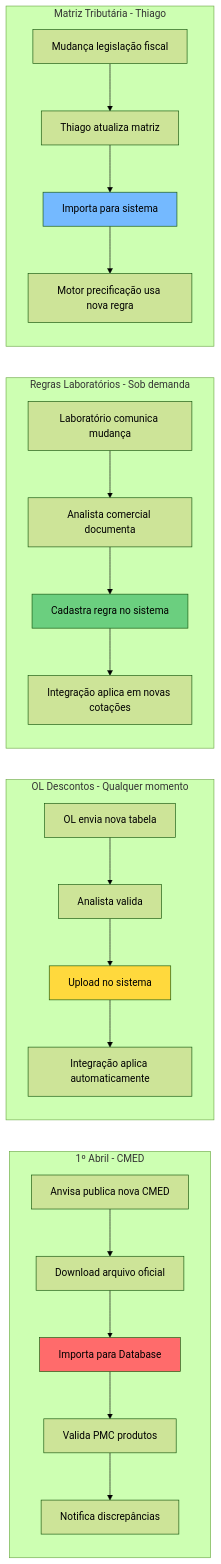
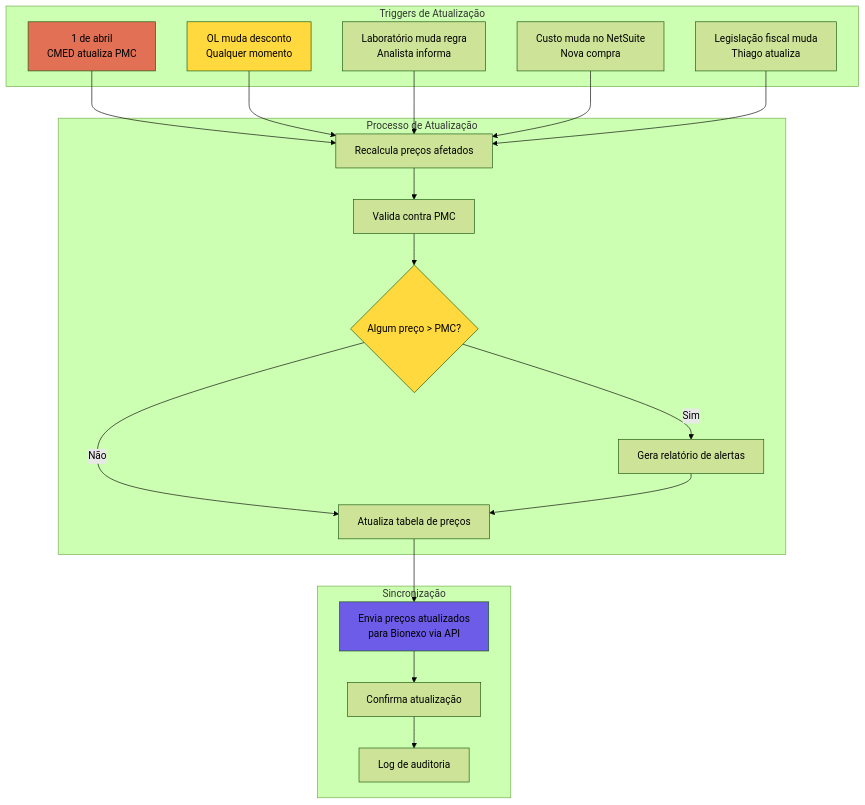
One commit to sejodrope/Amoveri-Farma changed the seventh of 12 diagrams in integrations/bionexo-netsuite/docs/05-DIAGRAMAS-FLUXOS.md. Above: the diagram before and after it, drawn with Mermaid (forest theme). The commit also changed other lines of this file and 56 other files, not shown here.

````diff
--- a/integrations/bionexo-netsuite/docs/05-DIAGRAMAS-FLUXOS.md
+++ b/integrations/bionexo-netsuite/docs/05-DIAGRAMAS-FLUXOS.md
@@ -324,41 +436,46 @@
 ```mermaid
-flowchart LR
-    subgraph "1º Abril - CMED"
-        A1[Anvisa publica nova CMED]
-        A2[Download arquivo oficial]
-        A3[Importa para Database]
-        A4[Valida PMC produtos]
-        A5[Notifica discrepâncias]
+flowchart TD
+    subgraph "Triggers de Atualização"
+        T1[1 de abril<br/>CMED atualiza PMC]
+        T2[OL muda desconto<br/>Qualquer momento]
+        T3[Laboratório muda regra<br/>Analista informa]
+        T4[Custo muda no NetSuite<br/>Nova compra]
+        T5[Legislação fiscal muda<br/>Thiago atualiza]
     end
 
-    subgraph "OL Descontos - Qualquer momento"
-        B1[OL envia nova tabela]
-        B2[Analista valida]
-        B3[Upload no sistema]
-        B4[Integração aplica automaticamente]
+    subgraph "Processo de Atualização"
+        A[Recalcula preços afetados]
+        B[Valida contra PMC]
+        C{Algum preço > PMC?}
+        D[Atualiza tabela de preços]
+        E[Gera relatório de alertas]
     end
 
-    subgraph "Regras Laboratórios - Sob demanda"
-        C1[Laboratório comunica mudança]
-        C2[Analista comercial documenta]
-        C3[Cadastra regra no sistema]
-        C4[Integração aplica em novas cotações]
+    subgraph "Sincronização"
+        F[Envia preços atualizados<br/>para Bionexo via API]
+        G[Confirma atualização]
+        H[Log de auditoria]
     end
 
-    subgraph "Matriz Tributária - Thiago"
-        D1[Mudança legislação fiscal]
-        D2[Thiago atualiza matriz]
-        D3[Importa para sistema]
-        D4[Motor precificação usa nova regra]
-    end
+    T1 --> A
+    T2 --> A
+    T3 --> A
+    T4 --> A
+    T5 --> A
 
-    A1 --> A2 --> A3 --> A4 --> A5
-    B1 --> B2 --> B3 --> B4
-    C1 --> C2 --> C3 --> C4
-    D1 --> D2 --> D3 --> D4
+    A --> B
+    B --> C
 
-    style A3 fill:#ff6b6b
-    style B3 fill:#ffd93d
-    style C3 fill:#6bcf7f
-    style D3 fill:#74b9ff
+    C -->|Não| D
+    C -->|Sim| E
+    E --> D
+
+    D --> F
+    F --> G
+    G --> H
+
+    style T1 fill:#e17055
+    style T2 fill:#ffd93d
+    style C fill:#ffd93d
+    style F fill:#6c5ce7
 ```
````
